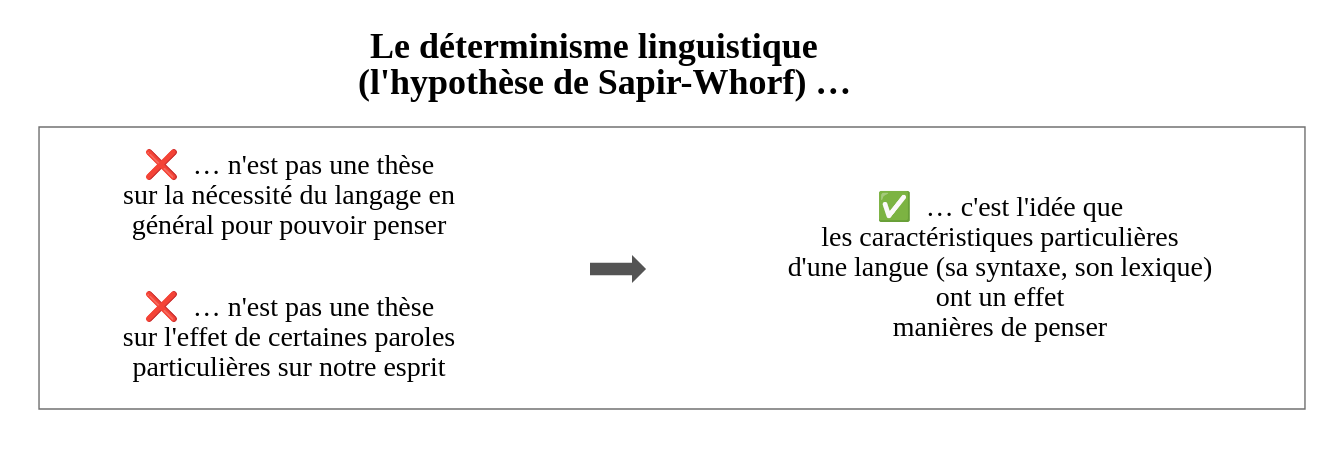
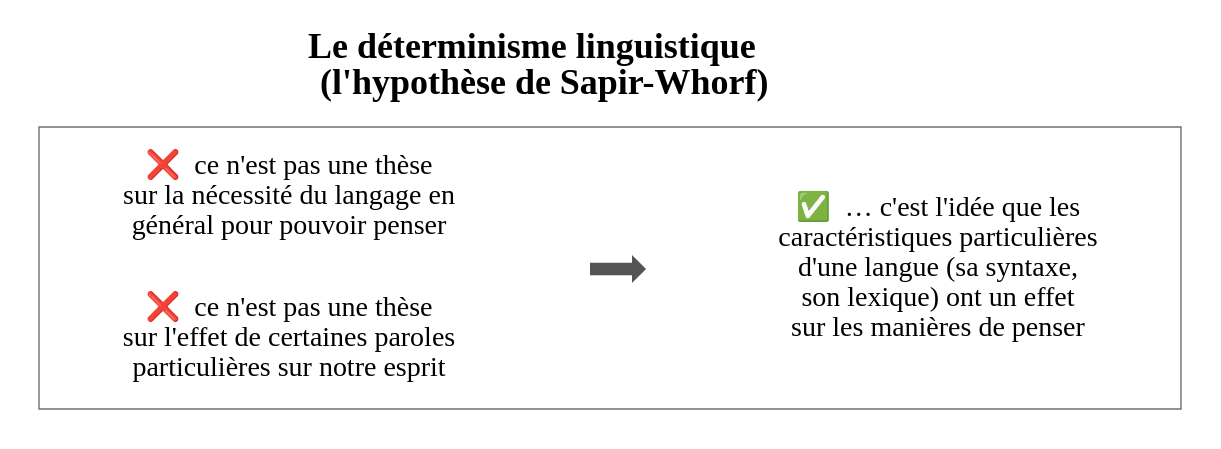
Before and after one commit to eyssette/graphviz-examples: the diagram in evolution/determinisme-linguistique.dot, drawn with Graphviz.

```diff
--- a/evolution/determinisme-linguistique.dot
+++ b/evolution/determinisme-linguistique.dot
@@ -1,40 +1,40 @@
 digraph G {
 // Template : evolution
 // Usage : 
 rankdir=LR
-label=<<b>Le déterminisme linguistique <br/>(l'hypothèse de Sapir-Whorf) …</b><br/>>
+label=<<b>Le déterminisme linguistique <br/>(l'hypothèse de Sapir-Whorf)</b><br/>>
 labelloc=t
 fontsize=18
 
 subgraph cluster_0{
 label=""
 color=grey44
 penwidth=0.7
 node[shape=rect, style=rounded, color=white]
 {
 rank=same    
 //non4[label=""]
 //non3[label=""]
-non2[label="❌  … n'est pas une thèse
+non2[label="❌  ce n'est pas une thèse
 sur la nécessité du langage en
 général pour pouvoir penser"]
-non1[label="❌  … n'est pas une thèse
+non1[label="❌  ce n'est pas une thèse
 sur l'effet de certaines paroles
 particulières sur notre esprit"]
 }->
 fleche
 ->
 {
-oui1[label="✅  … c'est l'idée que
-les caractéristiques particulières
-d'une langue (sa syntaxe, son lexique)
-ont un effet
-manières de penser"]}
+oui1[label="✅  … c'est l'idée que les
+caractéristiques particulières
+d'une langue (sa syntaxe,
+son lexique) ont un effet
+sur les manières de penser"]}
 [style=invis]
 
 
 fleche[shape=rarrow,label="",color=grey33, height=0.03, width=0.3, fillcolor=grey33, style="filled", penwidth=5]
 
 }
 
 }
```
